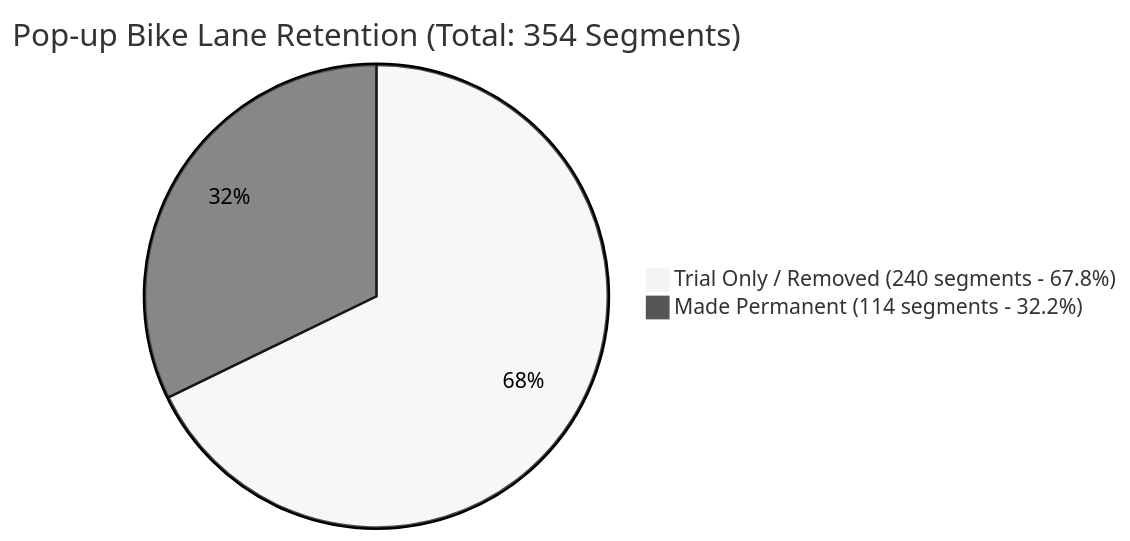
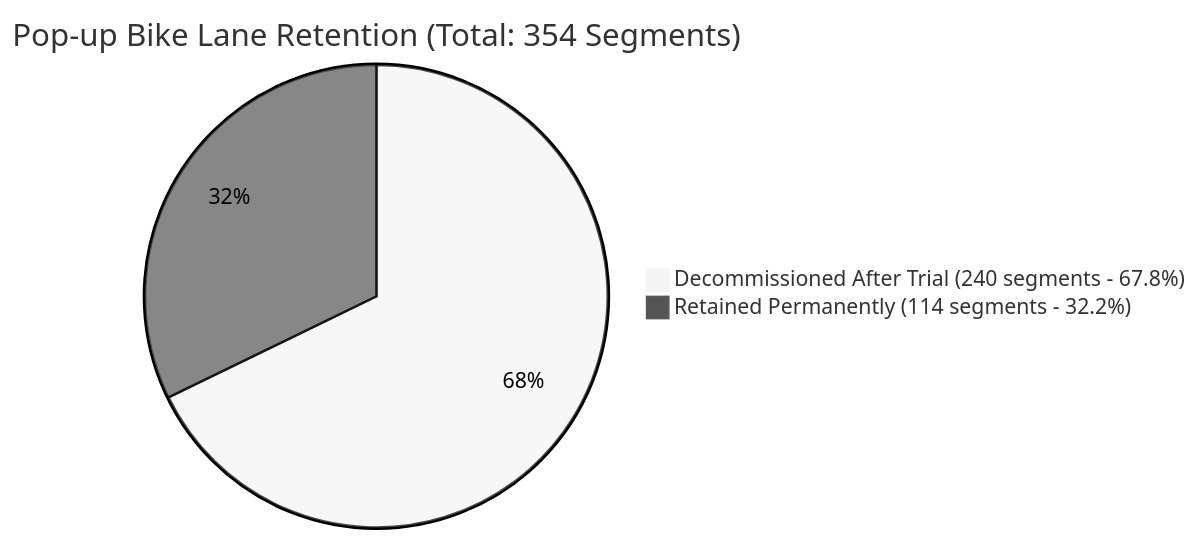
The fifth of 6 diagrams in team_b/PARKING_UTILISATION_INSIGHTS.md (rooien/urban-analysis), drawn with Mermaid (neutral theme) before and after one commit. The commit also changed other lines of this file, not shown here.

````diff
--- a/team_b/PARKING_UTILISATION_INSIGHTS.md
+++ b/team_b/PARKING_UTILISATION_INSIGHTS.md
@@ -221,5 +201,5 @@
 ```mermaid
 pie title Pop-up Bike Lane Retention (Total: 354 Segments)
-    "Trial Only / Removed (240 segments - 67.8%)" : 240
-    "Made Permanent (114 segments - 32.2%)" : 114
+    "Decommissioned After Trial (240 segments - 67.8%)" : 240
+    "Retained Permanently (114 segments - 32.2%)" : 114
 ```
````
